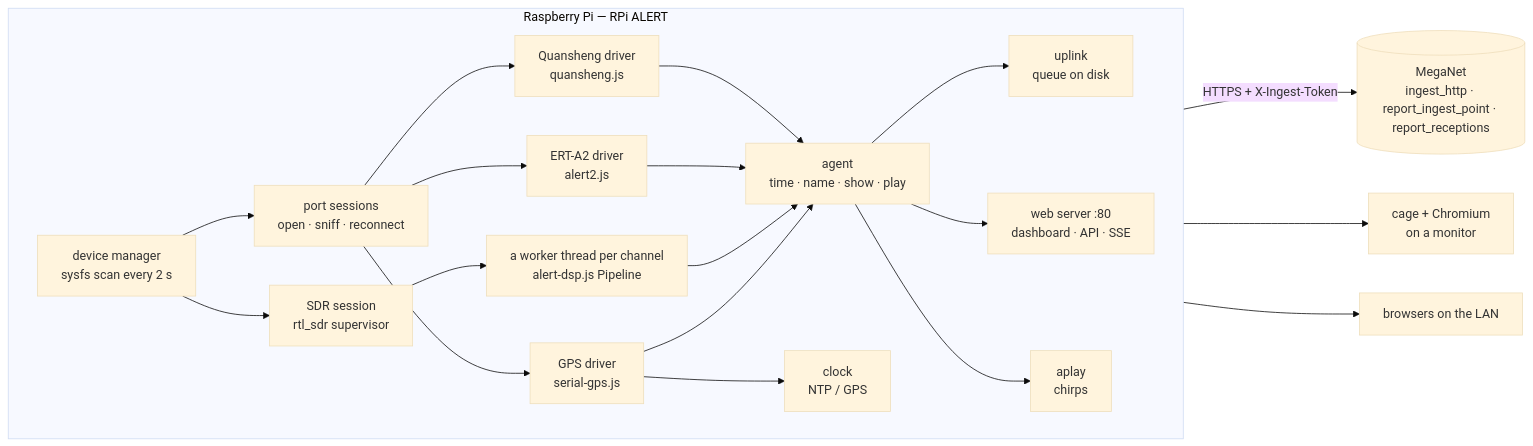
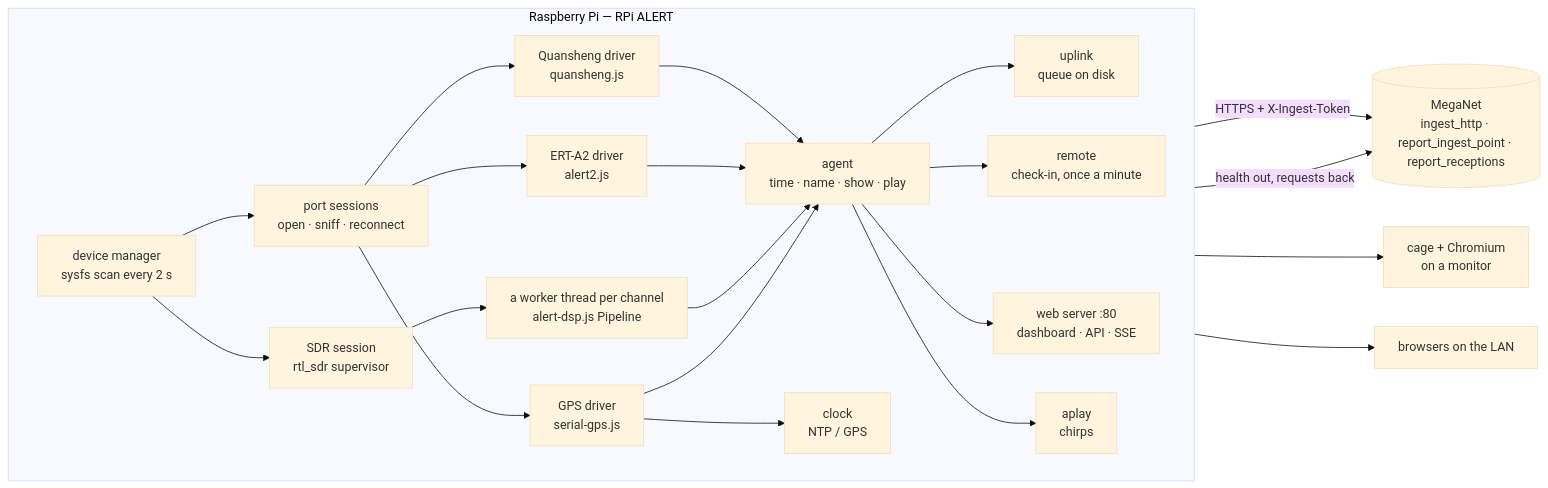
Before and after one commit to cdomotor-g/RPi_ALERT: the diagram in docs/how-it-works.md, drawn with Mermaid (base theme). The commit also changed other lines of this file and 36 other files, not shown here.

````diff
--- a/docs/how-it-works.md
+++ b/docs/how-it-works.md
@@ -3,21 +3,23 @@
 ```mermaid
 flowchart LR
   subgraph Pi[Raspberry Pi — RPi ALERT]
     direction LR
     scan[device manager<br/>sysfs scan every 2 s] --> ps[port sessions<br/>open · sniff · reconnect]
     ps --> q[Quansheng driver<br/>quansheng.js]
     ps --> e[ERT-A2 driver<br/>alert2.js]
     ps --> g[GPS driver<br/>serial-gps.js]
     scan --> sdr[SDR session<br/>rtl_sdr supervisor]
     sdr --> w[a worker thread per channel<br/>alert-dsp.js Pipeline]
     q & e & w --> agent[agent<br/>time · name · show · play]
     g --> clock[clock<br/>NTP / GPS]
     g --> agent
     agent --> up[uplink<br/>queue on disk]
+  agent --> rm[remote<br/>check-in, once a minute]
     agent --> web[web server :80<br/>dashboard · API · SSE]
     agent --> audio[aplay<br/>chirps]
   end
   up -- "HTTPS + X-Ingest-Token" --> mn[(MegaNet<br/>ingest_http · report_ingest_point · report_receptions)]
+  rm -- "health out, requests back" --> mn
   web --> kiosk[cage + Chromium<br/>on a monitor]
   web --> lan[browsers on the LAN]
 ```
````
